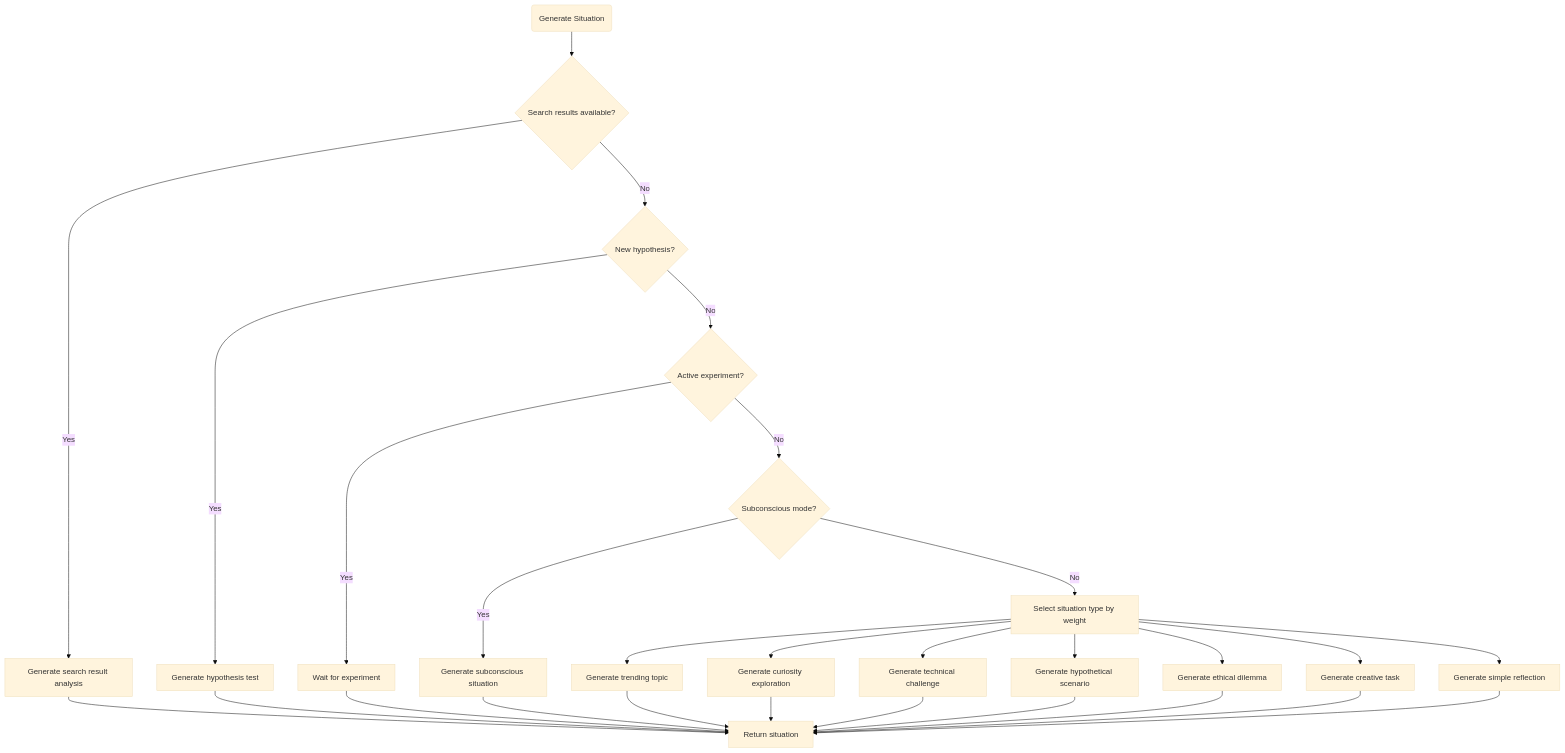
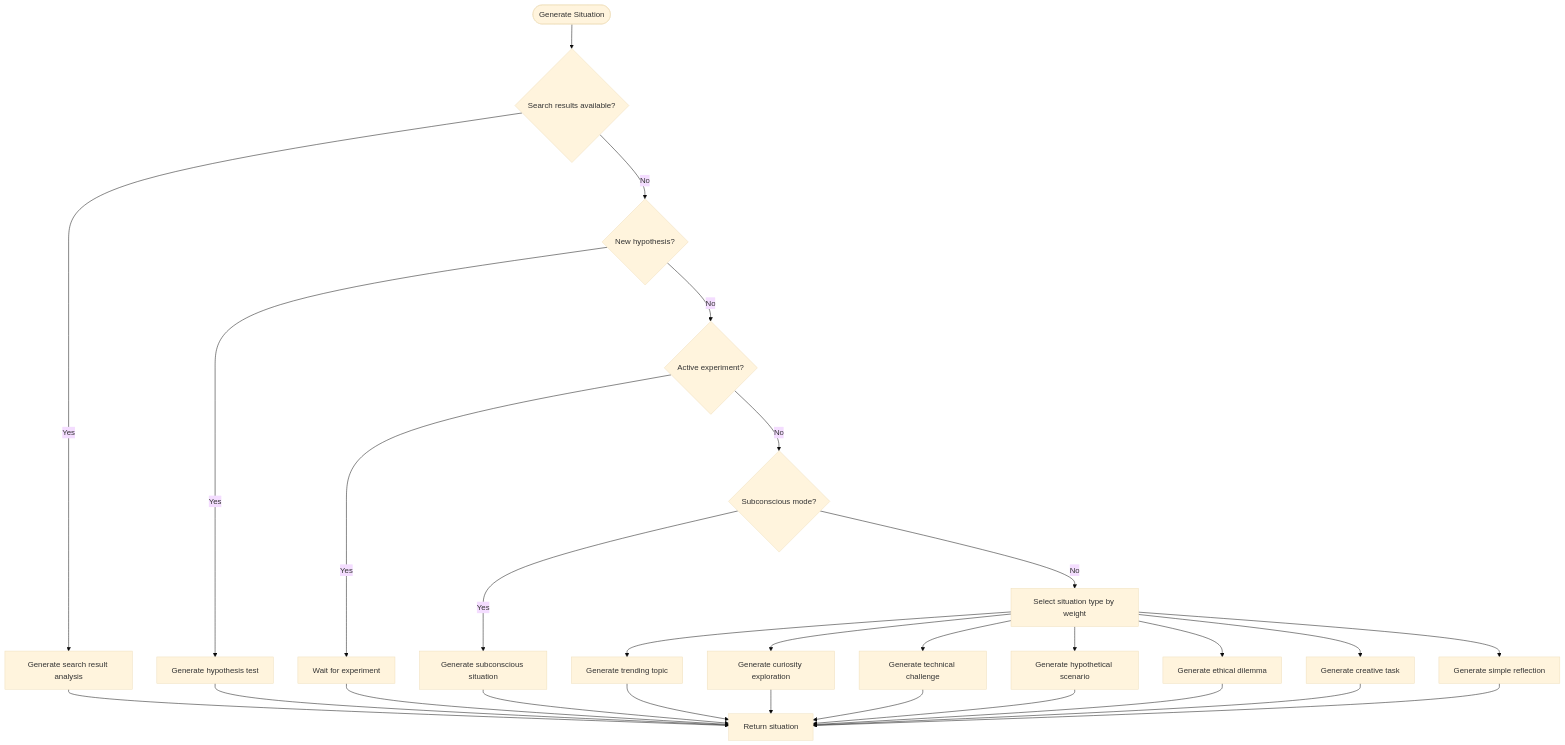
One commit to Likhithsai2580/RAVANA-WIKI changed the third of 10 diagrams in docs/Architecture & Design/Data Flow and Lifecycle.md. Above: the diagram before and after it, drawn with Mermaid (base theme). The commit also changed other lines of this file and 78 other files, not shown here.

````diff
--- a/docs/Architecture & Design/Data Flow and Lifecycle.md
+++ b/docs/Architecture & Design/Data Flow and Lifecycle.md
@@ -134,31 +132,30 @@
 ```mermaid
 flowchart TD
-Start("Generate Situation") --> CheckSearchResults{"Search results available?"}
+Start([Generate Situation]) --> CheckSearchResults{"Search results available?"}
 CheckSearchResults --> |Yes| GenerateSearchResult[Generate search result analysis]
 CheckSearchResults --> |No| CheckHypothesis{"New hypothesis?"}
 CheckHypothesis --> |Yes| GenerateHypothesis[Generate hypothesis test]
 CheckHypothesis --> |No| CheckExperiment{"Active experiment?"}
 CheckExperiment --> |Yes| Wait[Wait for experiment]
 CheckExperiment --> |No| CheckSubconscious{"Subconscious mode?"}
 CheckSubconscious --> |Yes| GenerateSubconscious[Generate subconscious situation]
 CheckSubconscious --> |No| SelectType[Select situation type by weight]
 SelectType --> GenerateTrending[Generate trending topic]
 SelectType --> GenerateCuriosity[Generate curiosity exploration]
 SelectType --> GenerateTechnical[Generate technical challenge]
 SelectType --> GenerateHypothetical[Generate hypothetical scenario]
 SelectType --> GenerateEthical[Generate ethical dilemma]
 SelectType --> GenerateCreative[Generate creative task]
 SelectType --> GenerateReflection[Generate simple reflection]
 GenerateSearchResult --> Return[Return situation]
 GenerateHypothesis --> Return
 Wait --> Return
 GenerateSubconscious --> Return
 GenerateTrending --> Return
 GenerateCuriosity --> Return
 GenerateTechnical --> Return
 GenerateHypothetical --> Return
 GenerateEthical --> Return
 GenerateCreative --> Return
 GenerateReflection --> Return
-
 ```
````
